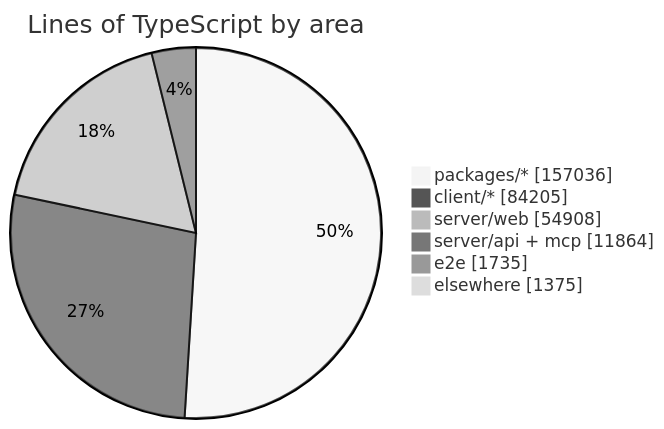
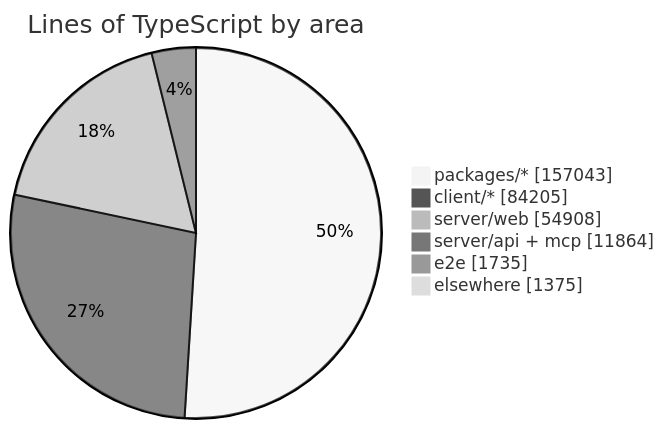
One commit to crossworks-engineering/mantle changed the diagram in README.md. Above: the diagram before and after it, drawn with Mermaid (neutral theme). The commit also changed other lines of this file and 4 other files, not shown here.

````diff
--- a/README.md
+++ b/README.md
@@ -279,9 +279,9 @@
 ```mermaid
 pie showData title Lines of TypeScript by area
-    "packages/*" : 157036
+    "packages/*" : 157043
     "client/*" : 84205
     "server/web" : 54908
     "server/api + mcp" : 11864
     "e2e" : 1735
     "elsewhere" : 1375
 ```
````
